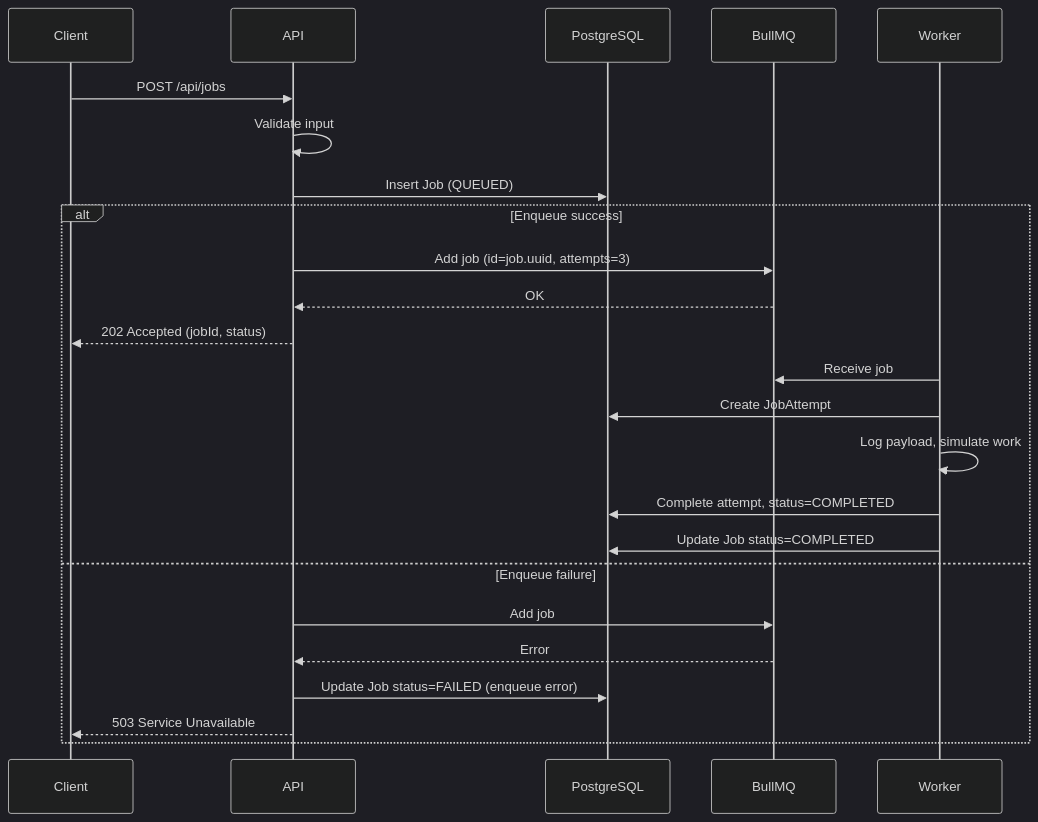
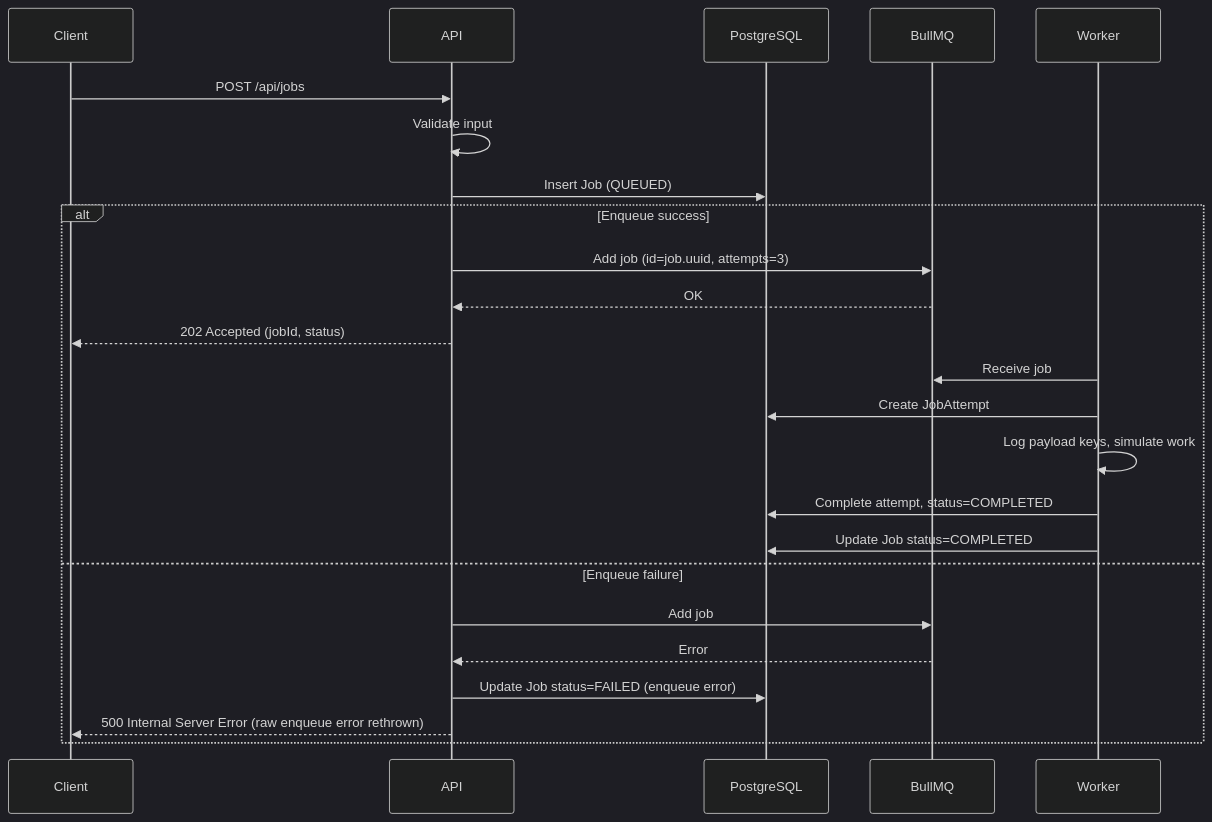
One commit to poonammohata/async-job-processing-platform changed the seventh of 7 diagrams in docs/DESIGN.md. Above: the diagram before and after it, drawn with Mermaid (dark theme). The commit also changed other lines of this file and 5 other files, not shown here.

````diff
--- a/docs/DESIGN.md
+++ b/docs/DESIGN.md
@@ -1026,27 +1038,27 @@
 ```mermaid
 sequenceDiagram
     participant Client
     participant API
     participant PG as PostgreSQL
     participant BQ as BullMQ
     participant Worker
 
     Client->>API: POST /api/jobs
     API->>API: Validate input
     API->>PG: Insert Job (QUEUED)
     alt Enqueue success
         API->>BQ: Add job (id=job.uuid, attempts=3)
         BQ-->>API: OK
         API-->>Client: 202 Accepted (jobId, status)
         Worker->>BQ: Receive job
         Worker->>PG: Create JobAttempt #1, status=PROCESSING
-        Worker->>Worker: Log payload, simulate work
+        Worker->>Worker: Log payload keys, simulate work
         Worker->>PG: Complete attempt, status=COMPLETED
         Worker->>PG: Update Job status=COMPLETED
     else Enqueue failure
         API->>BQ: Add job
         BQ-->>API: Error
         API->>PG: Update Job status=FAILED (enqueue error)
-        API-->>Client: 503 Service Unavailable
+        API-->>Client: 500 Internal Server Error (raw enqueue error rethrown)
     end
 ```
````
